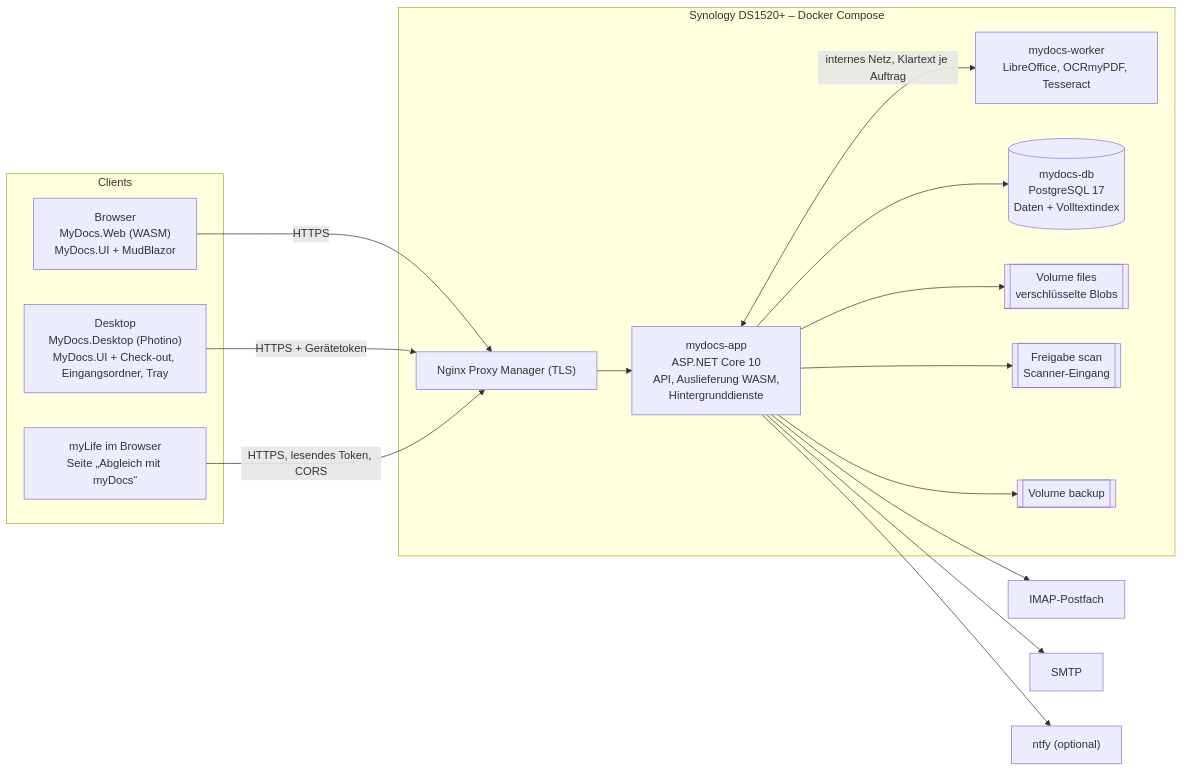
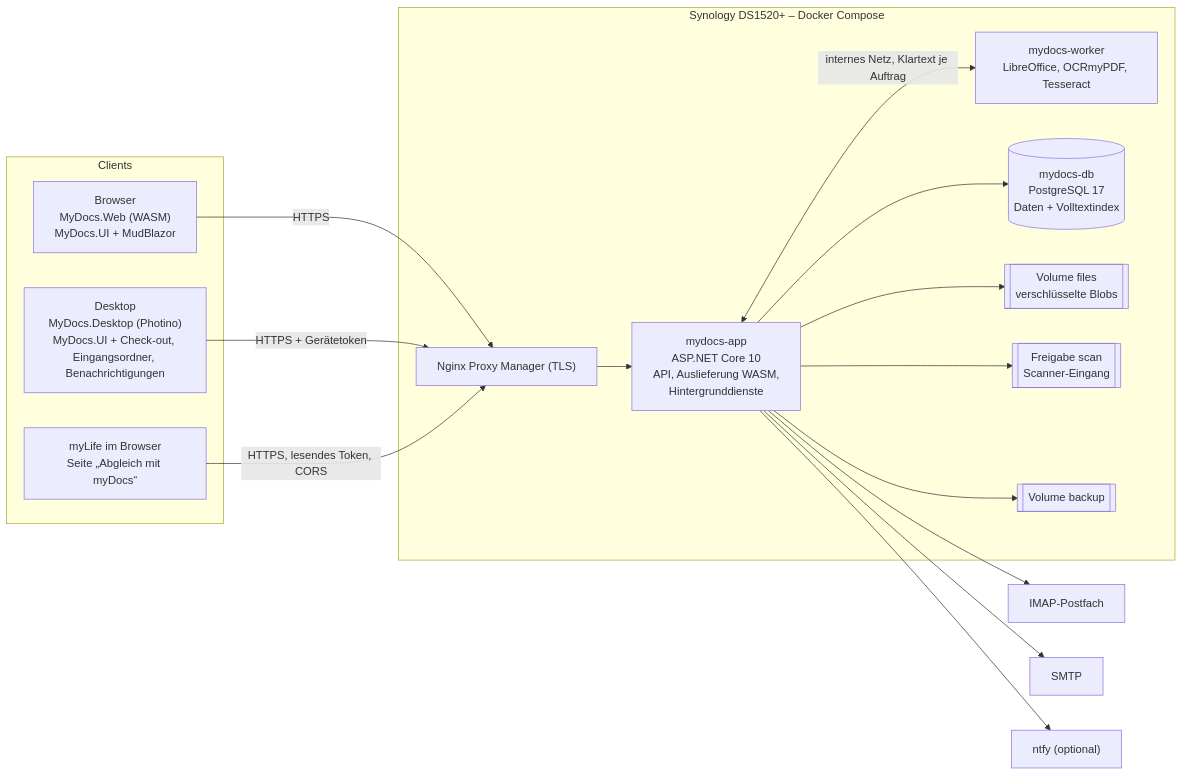
Before and after one commit to eckis-corner/myDocs: the first of 5 diagrams in docs/architektur.md, drawn with Mermaid. The commit also changed other lines of this file and 7 other files, not shown here.

````diff
--- a/docs/architektur.md
+++ b/docs/architektur.md
@@ -27,34 +27,34 @@
 ```mermaid
 flowchart LR
     subgraph Clients
         WEB["Browser<br/>MyDocs.Web (WASM)<br/>MyDocs.UI + MudBlazor"]
-        DESK["Desktop<br/>MyDocs.Desktop (Photino)<br/>MyDocs.UI + Check-out, Eingangsordner, Tray"]
+        DESK["Desktop<br/>MyDocs.Desktop (Photino)<br/>MyDocs.UI + Check-out, Eingangsordner, Benachrichtigungen"]
         ML["myLife im Browser<br/>Seite „Abgleich mit myDocs“"]
     end
 
     subgraph Synology["Synology DS1520+ – Docker Compose"]
         NPM["Nginx Proxy Manager (TLS)"]
         APP["mydocs-app<br/>ASP.NET Core 10<br/>API, Auslieferung WASM,<br/>Hintergrunddienste"]
         WRK["mydocs-worker<br/>LibreOffice, OCRmyPDF, Tesseract"]
         DB[("mydocs-db<br/>PostgreSQL 17<br/>Daten + Volltextindex")]
         FILES[["Volume files<br/>verschlüsselte Blobs"]]
         SCAN[["Freigabe scan<br/>Scanner-Eingang"]]
         BAK[["Volume backup"]]
         APP --> DB
         APP --> FILES
         APP --> BAK
         APP <-- "internes Netz, Klartext je Auftrag" --> WRK
         APP --> SCAN
     end
 
     IMAP["IMAP-Postfach"]
     SMTP["SMTP"]
     NTFY["ntfy (optional)"]
 
     WEB -- HTTPS --> NPM --> APP
     DESK -- HTTPS + Gerätetoken --> NPM
     ML -- "HTTPS, lesendes Token, CORS" --> NPM
     APP --> IMAP
     APP --> SMTP
     APP --> NTFY
 ```
````
